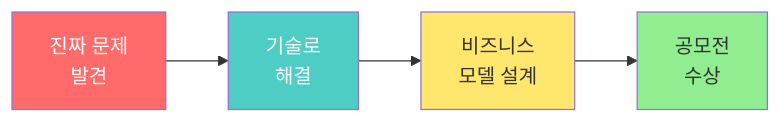
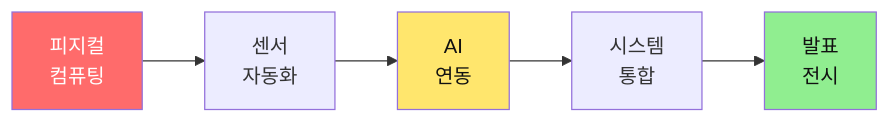
One commit to Collegenie-X/Smart_Factory_Arms_Project changed the first of 2 diagrams in README.md. Above: the diagram before and after it, drawn with Mermaid. The commit also changed other lines of this file and 1 other file, not shown here.

````diff
--- a/README.md
+++ b/README.md
@@ -11,11 +11,11 @@
 ```mermaid
 graph LR
-    A[진짜 문제<br/>발견] --> B[기술로<br/>해결]
-    B --> C[비즈니스<br/>모델 설계]
-    C --> D[공모전<br/>수상]
+    A[피지컬<br/>컴퓨팅] --> B[센서<br/>자동화]
+    B --> C[AI<br/>연동]
+    C --> D[시스템<br/>통합]
+    D --> E[발표<br/>전시]
     
     style A fill:#FF6B6B,color:#fff
-    style B fill:#4ECDC4,color:#fff
-    style C fill:#FFE66D
-    style D fill:#90EE90
+    style C fill:#FFE66D,color:#111
+    style E fill:#90EE90,color:#111
 ```
````
